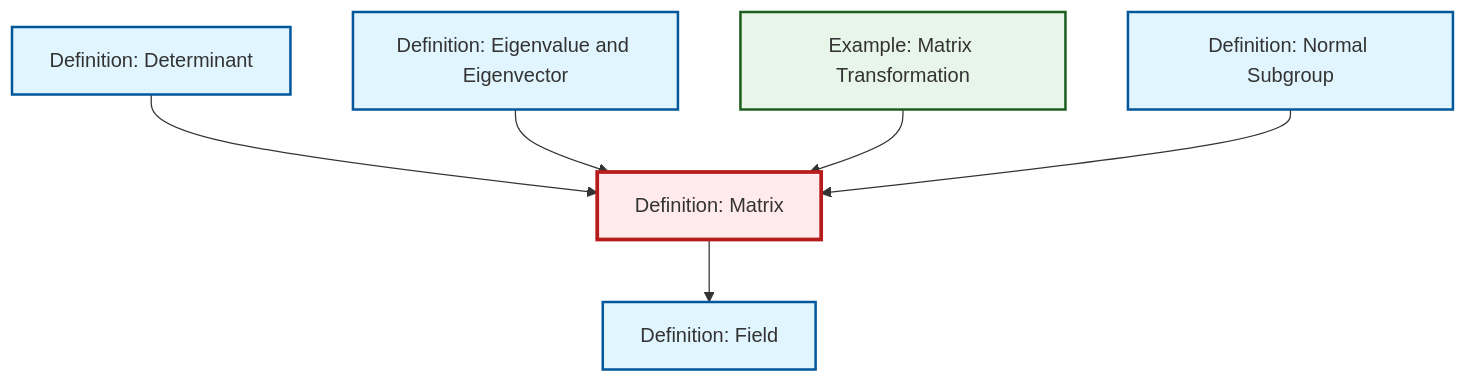
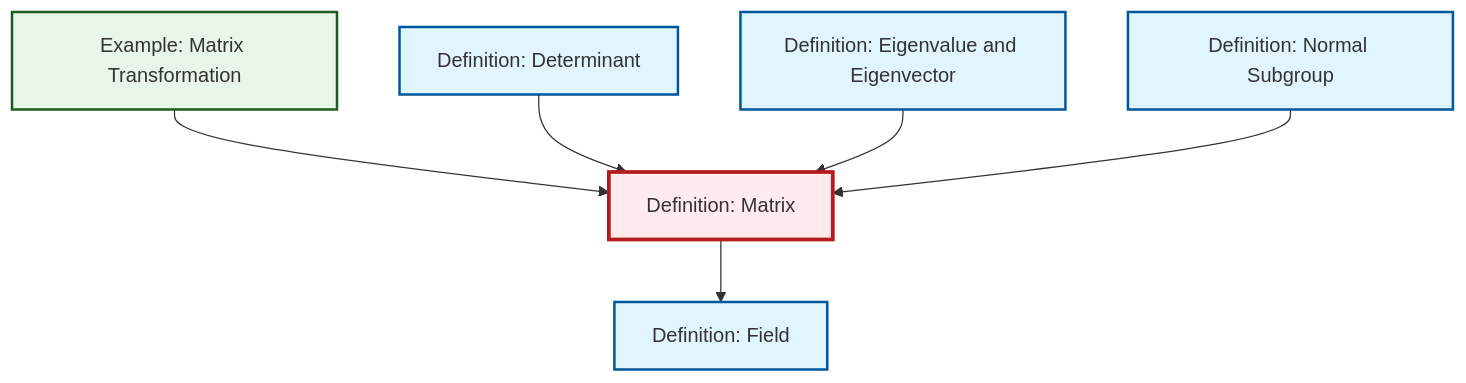
One commit to RK0429/ModernMath changed the diagram in content/ja/algebra/def-matrix.qmd. Above: the diagram before and after it, drawn with Mermaid. The commit also changed other lines of this file and 634 other files, not shown here.

````diff
--- a/content/ja/algebra/def-matrix.qmd
+++ b/content/ja/algebra/def-matrix.qmd
@@ -60,26 +60,26 @@
 ```{mermaid}
 %%| fig-cap: "Local dependency graph"
 graph TD
     classDef definition fill:#e1f5fe,stroke:#01579b,stroke-width:2px
     classDef theorem fill:#f3e5f5,stroke:#4a148c,stroke-width:2px
     classDef axiom fill:#fff3e0,stroke:#e65100,stroke-width:2px
     classDef example fill:#e8f5e9,stroke:#1b5e20,stroke-width:2px
     classDef current fill:#ffebee,stroke:#b71c1c,stroke-width:3px
+    def-eigenvalue-eigenvector["Definition: Eigenvalue and Eigenvector"]:::definition
     def-normal-subgroup["Definition: Normal Subgroup"]:::definition
+    def-field["Definition: Field"]:::definition
     def-determinant["Definition: Determinant"]:::definition
-    def-eigenvalue-eigenvector["Definition: Eigenvalue and Eigenvector"]:::definition
+    def-matrix["Definition: Matrix"]:::definition
     ex-matrix-transformation["Example: Matrix Transformation"]:::example
-    def-matrix["Definition: Matrix"]:::definition
-    def-field["Definition: Field"]:::definition
+    ex-matrix-transformation --> def-matrix
     def-determinant --> def-matrix
+    def-matrix --> def-field
     def-eigenvalue-eigenvector --> def-matrix
-    def-matrix --> def-field
-    ex-matrix-transformation --> def-matrix
     def-normal-subgroup --> def-matrix
     class def-matrix current
+    click def-eigenvalue-eigenvector "def-eigenvalue-eigenvector.html" "Definition: Eigenvalue and Eigenvectorへ"
     click def-normal-subgroup "def-normal-subgroup.html" "Definition: Normal Subgroupへ"
+    click def-field "def-field.html" "Definition: Fieldへ"
     click def-determinant "def-determinant.html" "Definition: Determinantへ"
-    click def-eigenvalue-eigenvector "def-eigenvalue-eigenvector.html" "Definition: Eigenvalue and Eigenvectorへ"
     click ex-matrix-transformation "ex-matrix-transformation.html" "Example: Matrix Transformationへ"
-    click def-field "def-field.html" "Definition: Fieldへ"
 ```
````
